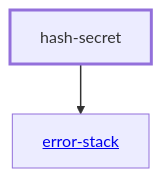
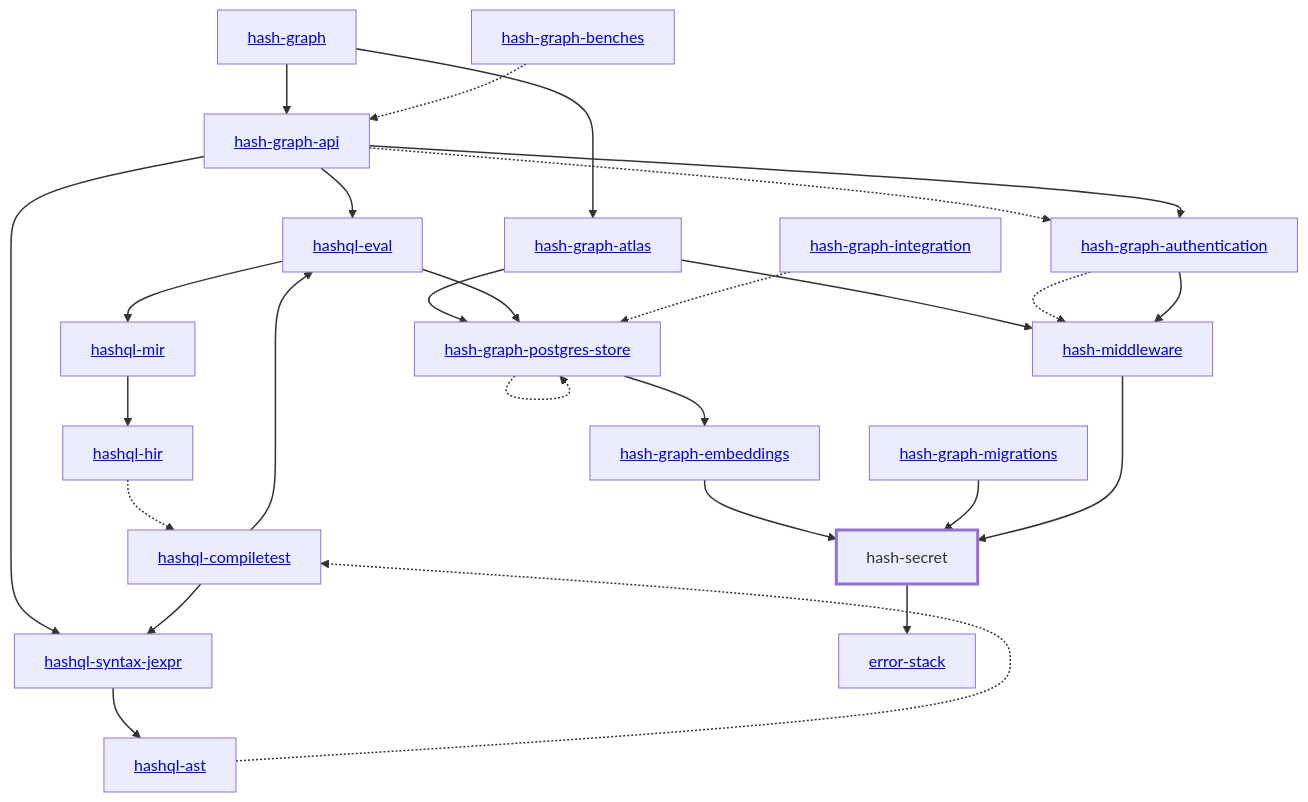
One commit to hashintel/hash changed the diagram in libs/@local/secret/docs/dependency-diagram.mmd. Above: the diagram before and after it, drawn with Mermaid. The commit also changed 104 other files, not shown here.

```diff
--- a/libs/@local/secret/docs/dependency-diagram.mmd
+++ b/libs/@local/secret/docs/dependency-diagram.mmd
@@ -1,14 +1,55 @@
 graph TD
     linkStyle default stroke-width:1.5px
     classDef default stroke-width:1px
     classDef root stroke-width:3px
     classDef dev stroke-width:1px
     classDef build stroke-width:1px
     %% Legend
     %% --> : Normal dependency
     %% -.-> : Dev dependency
     %% ---> : Build dependency
-    0[hash-secret]
-    class 0 root
-    1[<a href="../error_stack/index.html">error-stack</a>]
+    0[<a href="../hash_graph/index.html">hash-graph</a>]
+    1[<a href="../hash_graph_api/index.html">hash-graph-api</a>]
+    2[<a href="../hash_graph_atlas/index.html">hash-graph-atlas</a>]
+    3[<a href="../hash_graph_authentication/index.html">hash-graph-authentication</a>]
+    4[<a href="../hash_graph_embeddings/index.html">hash-graph-embeddings</a>]
+    5[<a href="../hash_graph_migrations/index.html">hash-graph-migrations</a>]
+    6[<a href="../hash_graph_postgres_store/index.html">hash-graph-postgres-store</a>]
+    7[<a href="../hashql_ast/index.html">hashql-ast</a>]
+    8[<a href="../hashql_compiletest/index.html">hashql-compiletest</a>]
+    9[<a href="../hashql_eval/index.html">hashql-eval</a>]
+    10[<a href="../hashql_hir/index.html">hashql-hir</a>]
+    11[<a href="../hashql_mir/index.html">hashql-mir</a>]
+    12[<a href="../hashql_syntax_jexpr/index.html">hashql-syntax-jexpr</a>]
+    13[<a href="../hash_middleware/index.html">hash-middleware</a>]
+    14[hash-secret]
+    class 14 root
+    15[<a href="../error_stack/index.html">error-stack</a>]
+    16[<a href="../hash_graph_benches/index.html">hash-graph-benches</a>]
+    17[<a href="../hash_graph_integration/index.html">hash-graph-integration</a>]
     0 --> 1
+    0 --> 2
+    1 -.-> 3
+    1 --> 3
+    1 --> 9
+    1 --> 12
+    2 --> 6
+    2 --> 13
+    3 -.-> 13
+    3 --> 13
+    4 --> 14
+    5 --> 14
+    6 --> 4
+    6 -.-> 6
+    7 -.-> 8
+    8 --> 9
+    8 --> 12
+    9 --> 6
+    9 --> 11
+    10 -.-> 8
+    11 --> 10
+    12 --> 7
+    13 --> 14
+    14 --> 15
+    16 -.-> 1
+    17 -.-> 6
```
